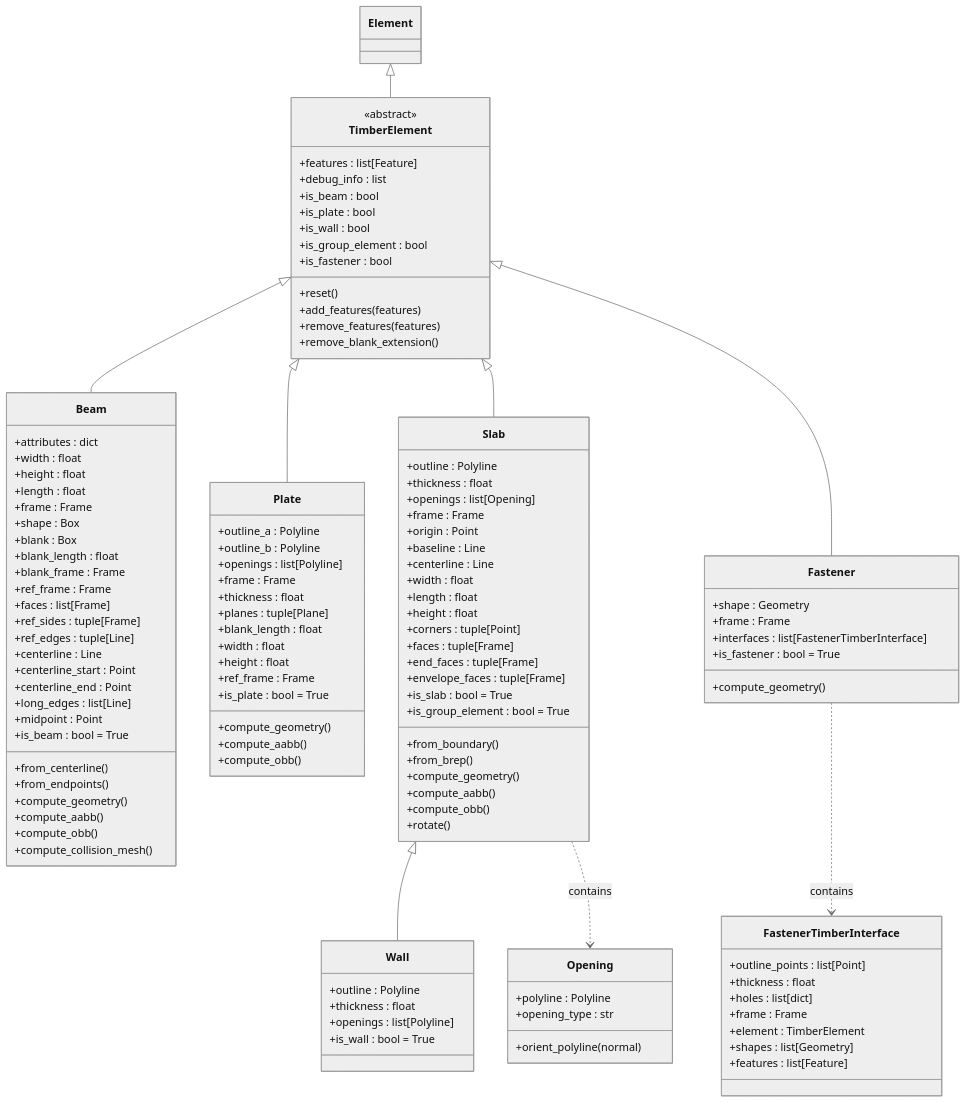
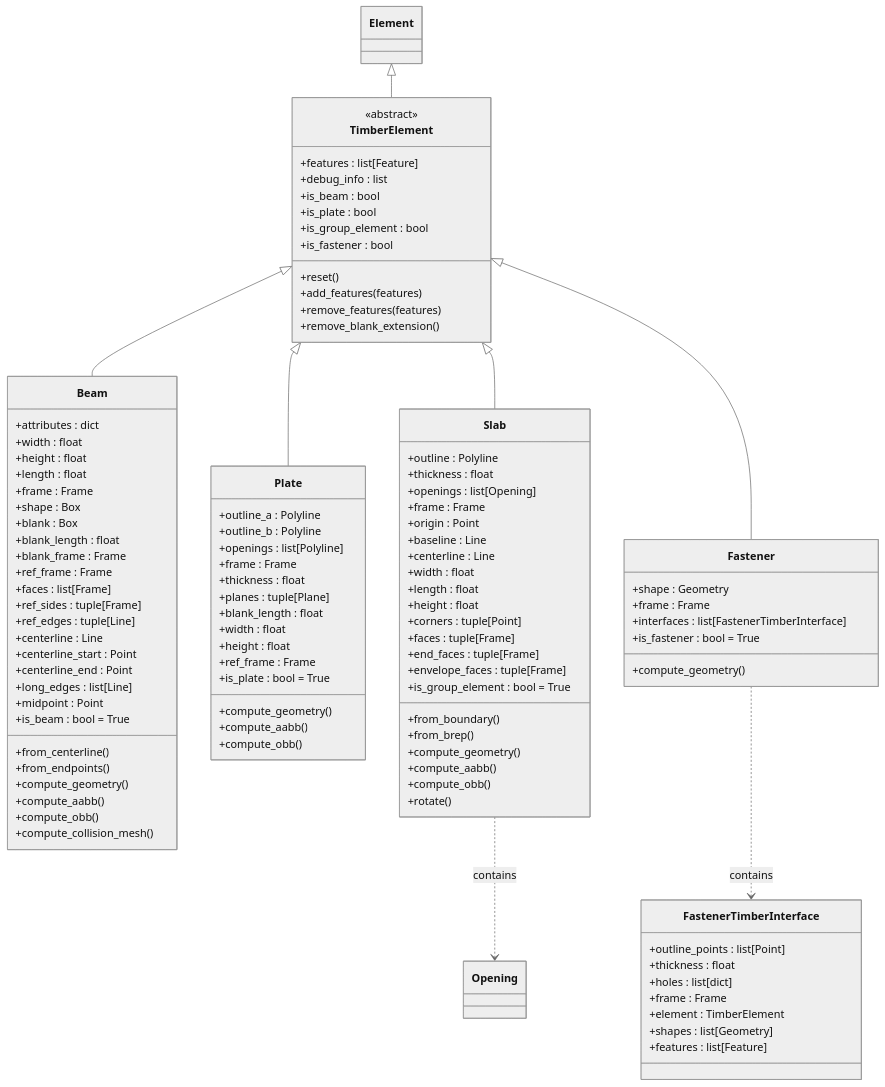
Before and after one commit to gramaziokohler/compas_timber: the first of 4 diagrams in docs/contribution/class_diagrams.rst, drawn with Mermaid (neutral theme). The commit also changed other lines of this file and 30 other files, not shown here.

```diff
--- a/docs/contribution/class_diagrams.rst
+++ b/docs/contribution/class_diagrams.rst
@@ -23,7 +23,6 @@
          +debug_info : list
          +is_beam : bool
          +is_plate : bool
-         +is_wall : bool
          +is_group_element : bool
          +is_fastener : bool
          +reset()
@@ -92,7 +91,6 @@
          +faces : tuple[Frame]
          +end_faces : tuple[Frame]
          +envelope_faces : tuple[Frame]
-         +is_slab : bool = True
          +is_group_element : bool = True
          +from_boundary()
          +from_brep()
@@ -102,12 +100,6 @@
          +rotate()
       }
 
-      class Wall {
-         +outline : Polyline
-         +thickness : float
-         +openings : list[Polyline]
-         +is_wall : bool = True
-      }
 
       class Fastener {
          +shape : Geometry
@@ -117,11 +109,6 @@
          +compute_geometry()
       }
 
-      class Opening {
-         +polyline : Polyline
-         +opening_type : str
-         +orient_polyline(normal)
-      }
 
       class FastenerTimberInterface {
          +outline_points : list[Point]
@@ -139,7 +126,6 @@
       TimberElement <|-- Plate
       TimberElement <|-- Slab
       TimberElement <|-- Fastener
-      Slab <|-- Wall
 
       %% Composition relationships
       Slab ..> Opening : contains
```
